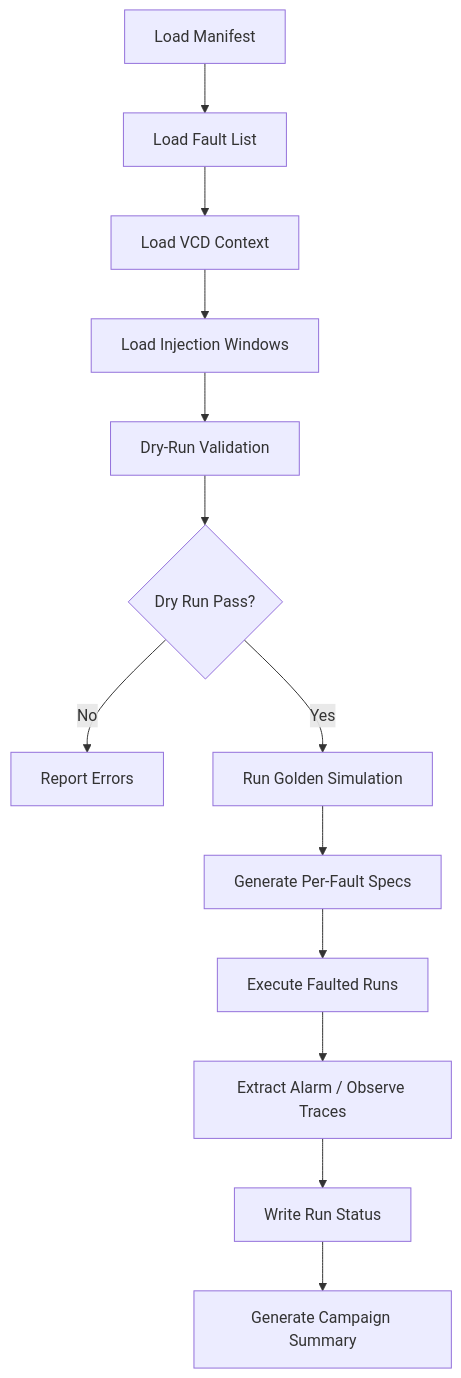
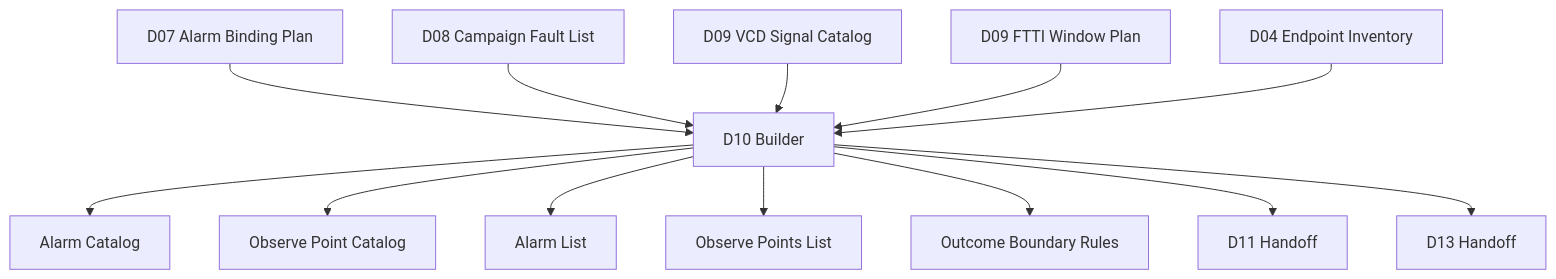
One commit to qiqixixi1001/automotive-safeic-practice changed the seventh of 8 diagrams in articles/10_automotive_safeic_practice_d10_github_en_fault_campaign_execution.md. Above: the diagram before and after it, drawn with Mermaid. The commit also changed other lines of this file, not shown here.

````diff
--- a/articles/10_automotive_safeic_practice_d10_github_en_fault_campaign_execution.md
+++ b/articles/10_automotive_safeic_practice_d10_github_en_fault_campaign_execution.md
@@ -1131,15 +868,15 @@
 ```mermaid
 flowchart TD
-    A[Load Manifest] --> B[Load Fault List]
-    B --> C[Load VCD Context]
-    C --> D[Load Injection Windows]
-    D --> E[Dry-Run Validation]
-    E --> F{Dry Run Pass?}
-    F -- No --> G[Report Errors]
-    F -- Yes --> H[Run Golden Simulation]
-    H --> I[Generate Per-Fault Specs]
-    I --> J[Execute Faulted Runs]
-    J --> K[Extract Alarm / Observe Traces]
-    K --> L[Write Run Status]
-    L --> M[Generate Campaign Summary]
+    A[D07 Alarm Binding Plan] --> E[D10 Builder]
+    B[D08 Campaign Fault List] --> E
+    C[D09 VCD Signal Catalog] --> E
+    D[D09 FTTI Window Plan] --> E
+    F[D04 Endpoint Inventory] --> E
+    E --> G[Alarm Catalog]
+    E --> H[Observe Point Catalog]
+    E --> I[Alarm List]
+    E --> J[Observe Points List]
+    E --> K[Outcome Boundary Rules]
+    E --> L[D11 Handoff]
+    E --> M[D13 Handoff]
 ```
````
